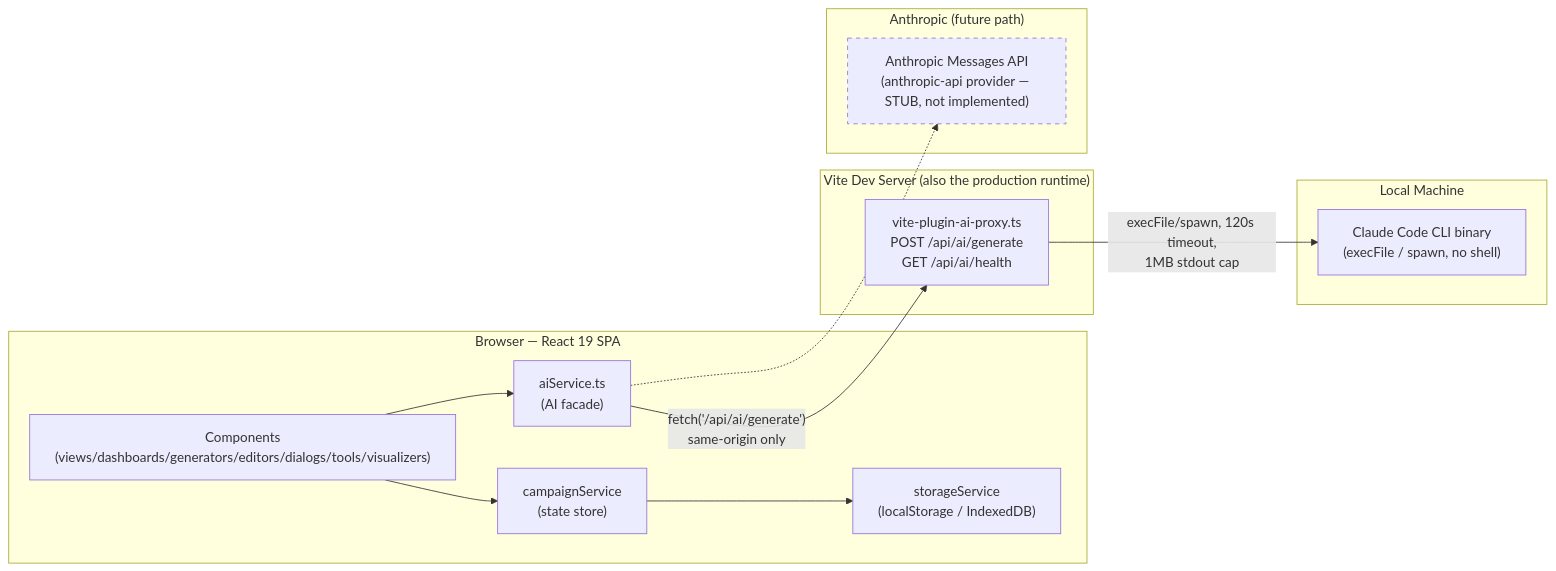
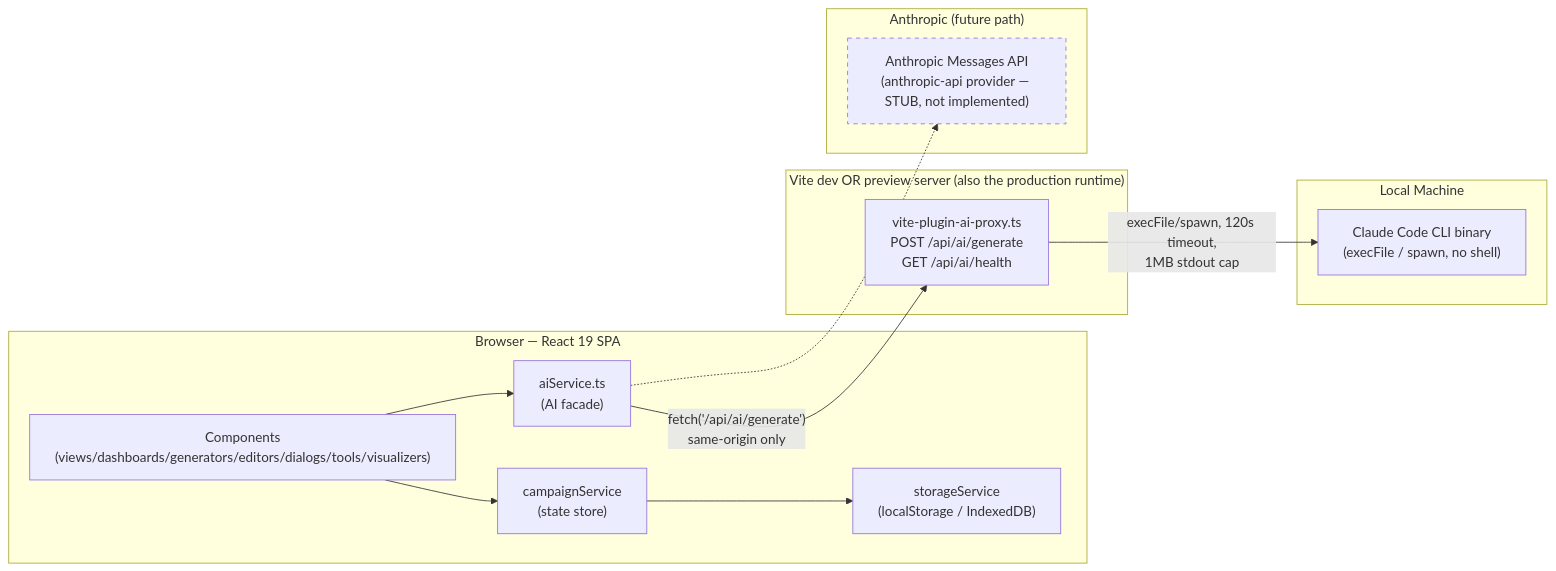
One commit to DaveGerson/Realmweaver changed the first of 4 diagrams in docs/architecture/system-architecture.md. Above: the diagram before and after it, drawn with Mermaid. The commit also changed other lines of this file and 5 other files, not shown here.

````diff
--- a/docs/architecture/system-architecture.md
+++ b/docs/architecture/system-architecture.md
@@ -67,30 +70,30 @@
 ```mermaid
 flowchart LR
     subgraph Browser["Browser — React 19 SPA"]
         UI["Components<br/>(views/dashboards/generators/editors/dialogs/tools/visualizers)"]
         Store["campaignService<br/>(state store)"]
         AIFacade["aiService.ts<br/>(AI facade)"]
         Storage["storageService<br/>(localStorage / IndexedDB)"]
     end
 
-    subgraph ViteServer["Vite Dev Server (also the production runtime)"]
+    subgraph ViteServer["Vite dev OR preview server (also the production runtime)"]
         Proxy["vite-plugin-ai-proxy.ts<br/>POST /api/ai/generate<br/>GET /api/ai/health"]
     end
 
     subgraph Local["Local Machine"]
         CLI["Claude Code CLI binary<br/>(execFile / spawn, no shell)"]
     end
 
     subgraph Cloud["Anthropic (future path)"]
         API["Anthropic Messages API<br/>(anthropic-api provider — STUB, not implemented)"]
     end
 
     UI --> Store
     UI --> AIFacade
     Store --> Storage
     AIFacade -- "fetch('/api/ai/generate')<br/>same-origin only" --> Proxy
     Proxy -- "execFile/spawn, 120s timeout,<br/>1MB stdout cap" --> CLI
     AIFacade -.-> API
 
     style API stroke-dasharray: 5 5
 ```
````
